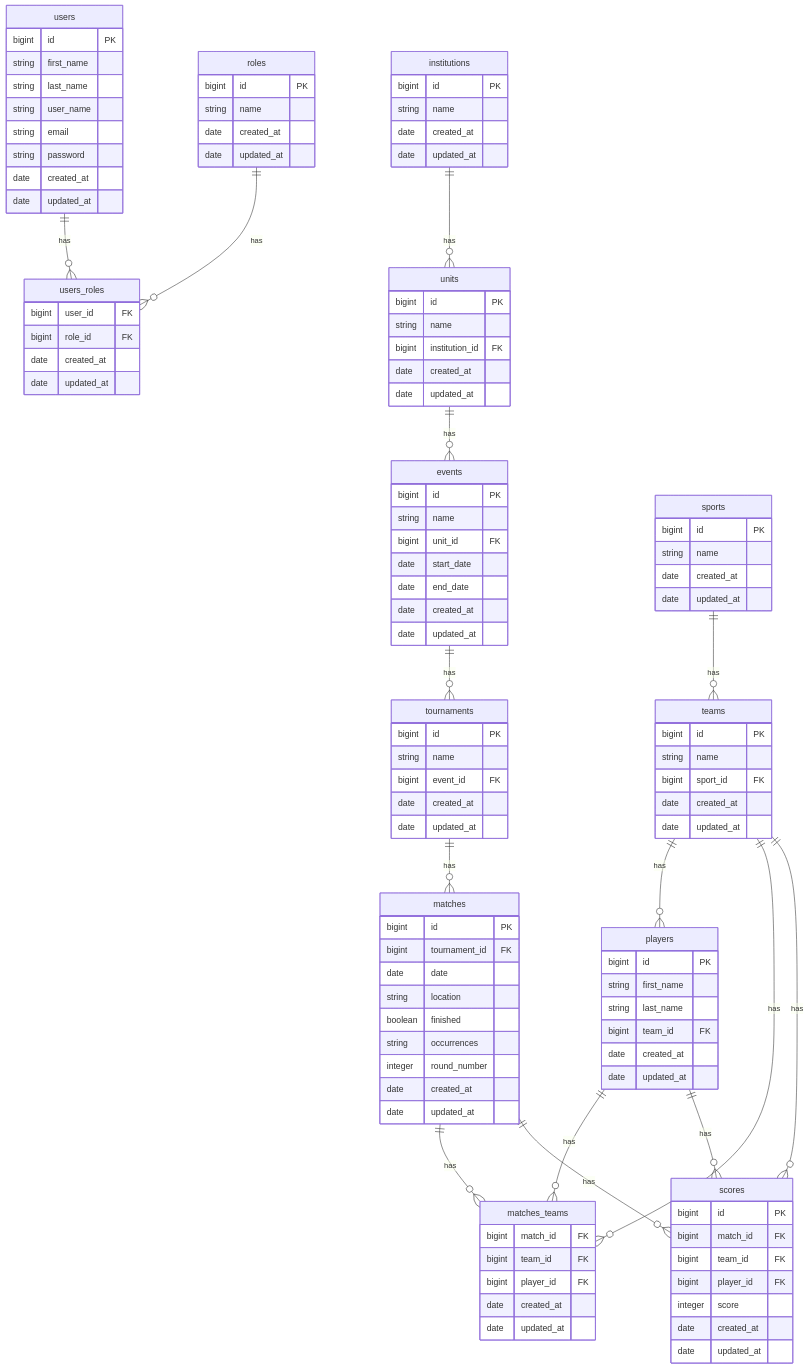
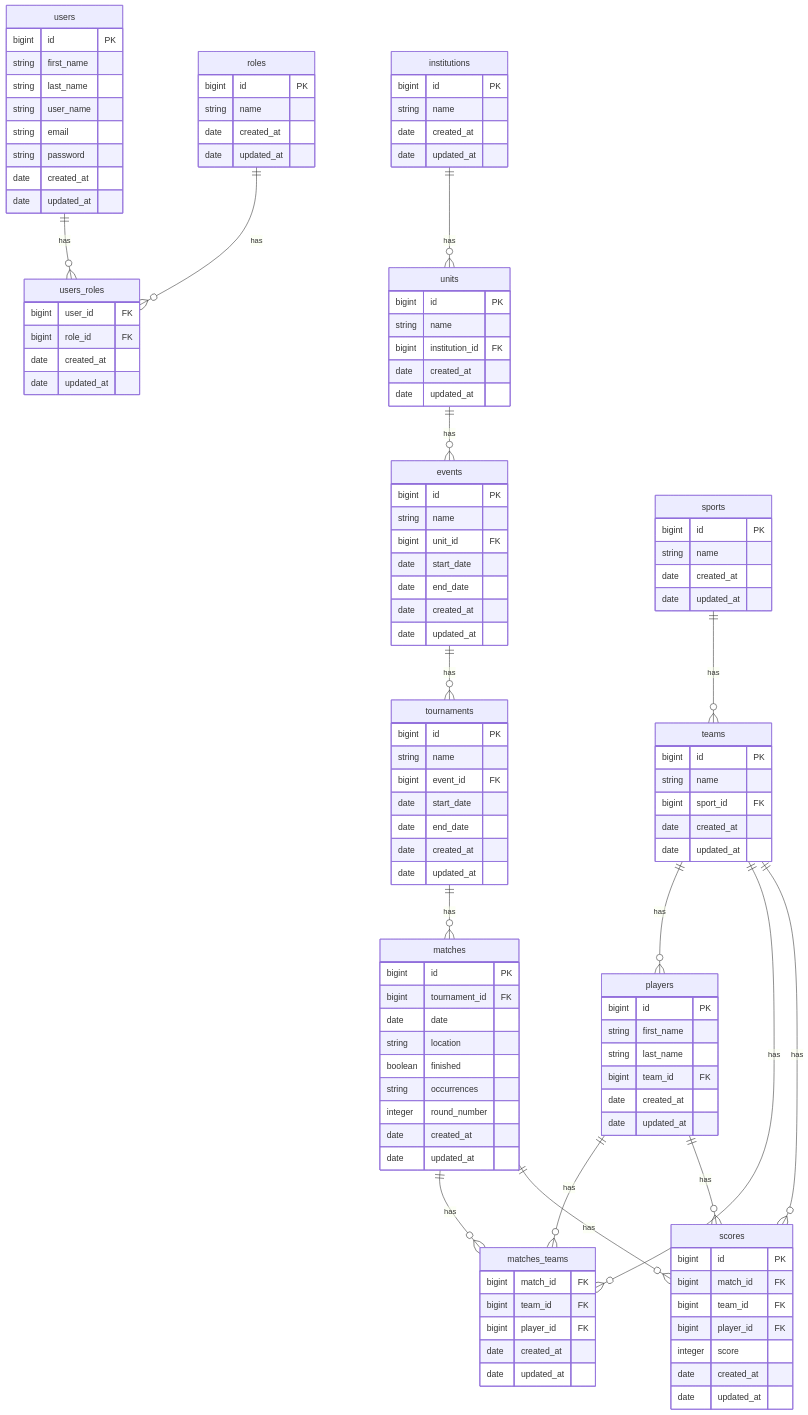
Before and after one commit to rgomide/gerenciador-torneio: the diagram in README.md, drawn with Mermaid.

Commit message:
update ER

```diff
--- a/README.md
+++ b/README.md
@@ -83,6 +83,8 @@
       bigint id PK
       string name
       bigint event_id FK
+      date start_date
+      date end_date
       date created_at
       date updated_at
     }
```
